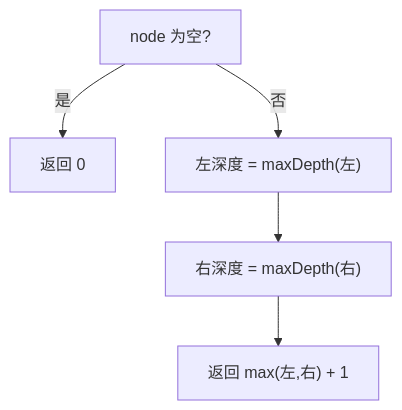
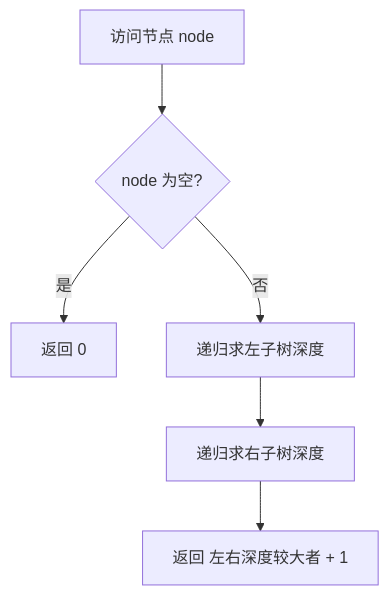
The first of 2 diagrams in 09-二叉树/0104-二叉树的最大深度.md (OctalZero/hot100-py), drawn with Mermaid before and after one commit. The commit also changed other lines of this file and 117 other files, not shown here.

First line of the commit message:
feat: 全题解配图升级为「动画式 mermaid」（总览骨架 + 横向时间线逐步推演）

````diff
--- a/09-二叉树/0104-二叉树的最大深度.md
+++ b/09-二叉树/0104-二叉树的最大深度.md
@@ -21,7 +21,8 @@
 ```mermaid
 flowchart TD
-    A["node 为空?"] -- "是" --> R["返回 0"]
-    A -- "否" --> B["左深度 = maxDepth(左)"]
-    B --> C["右深度 = maxDepth(右)"]
-    C --> D["返回 max(左,右) + 1"]
+    A["访问节点 node"] --> B{"node 为空?"}
+    B -->|"是"| R["返回 0"]
+    B -->|"否"| C["递归求左子树深度"]
+    C --> D["递归求右子树深度"]
+    D --> E["返回 左右深度较大者 + 1"]
 ```
````
